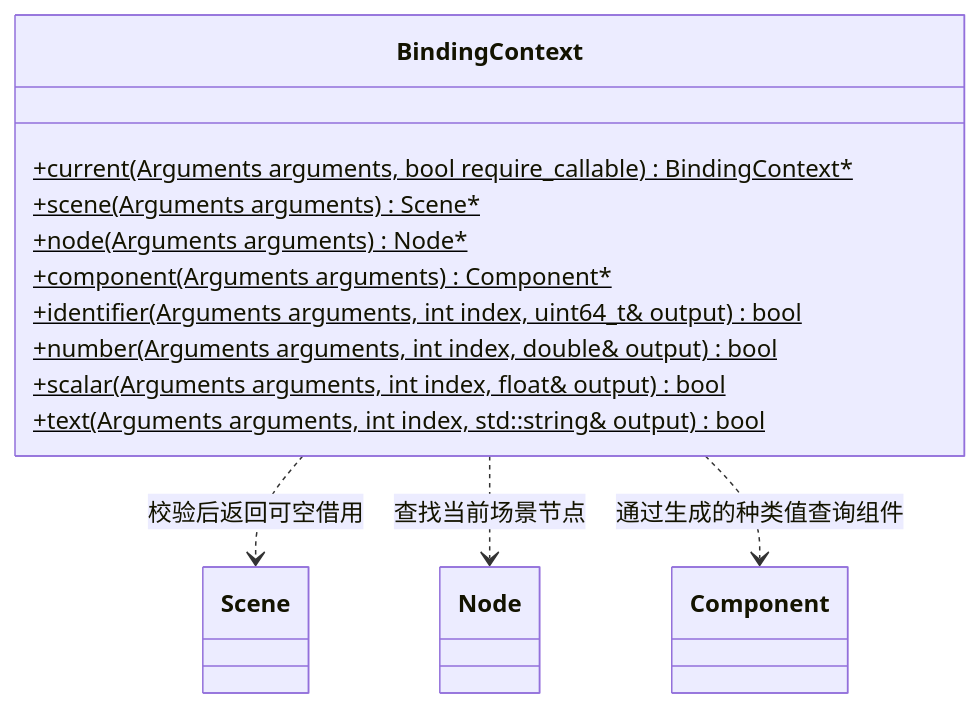
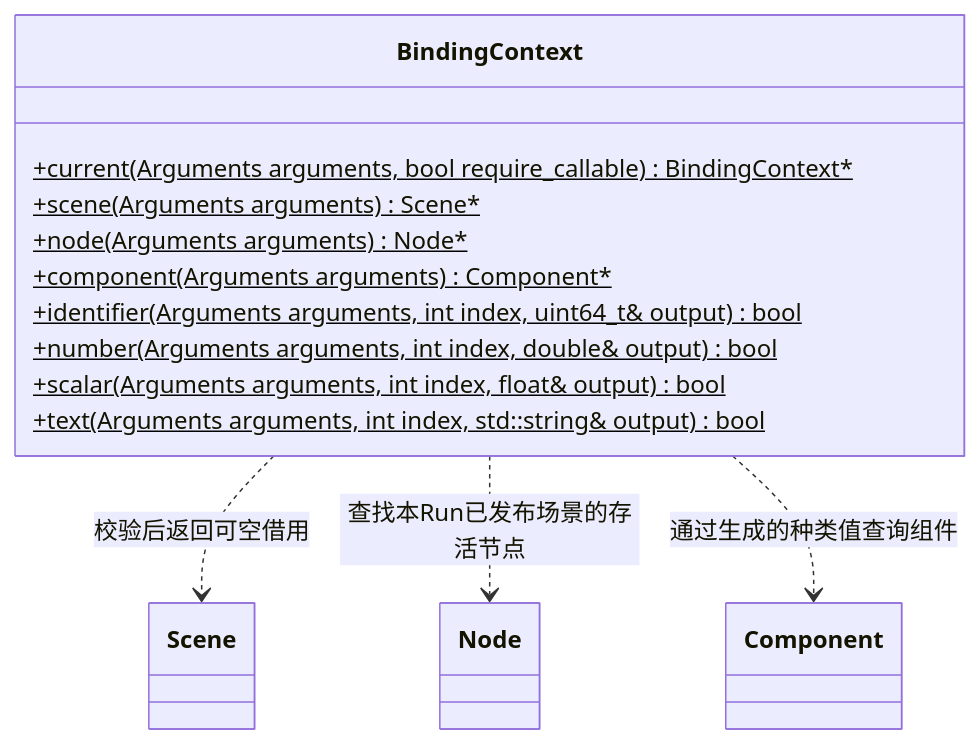
One commit to lcals/Engine changed the second of 6 diagrams in docs/plugins/runtime/class-diagrams/script-bindings.md. Above: the diagram before and after it, drawn with Mermaid. The commit also changed other lines of this file and 98 other files, not shown here.

````diff
--- a/docs/plugins/runtime/class-diagrams/script-bindings.md
+++ b/docs/plugins/runtime/class-diagrams/script-bindings.md
@@ -128,20 +131,20 @@
 ```mermaid
 classDiagram
     direction TB
     class BindingContext {
         +current(Arguments arguments, bool require_callable) BindingContext#42;$
         +scene(Arguments arguments) Scene#42;$
         +node(Arguments arguments) Node#42;$
         +component(Arguments arguments) Component#42;$
         +identifier(Arguments arguments, int index, uint64_t& output) bool$
         +number(Arguments arguments, int index, double& output) bool$
         +scalar(Arguments arguments, int index, float& output) bool$
         +text(Arguments arguments, int index, std::string& output) bool$
     }
     class Scene
     class Node
     class Component
     BindingContext ..> Scene : 校验后返回可空借用
-    BindingContext ..> Node : 查找当前场景节点
+    BindingContext ..> Node : 查找本Run已发布场景的存活节点
     BindingContext ..> Component : 通过生成的种类值查询组件
 ```
````
